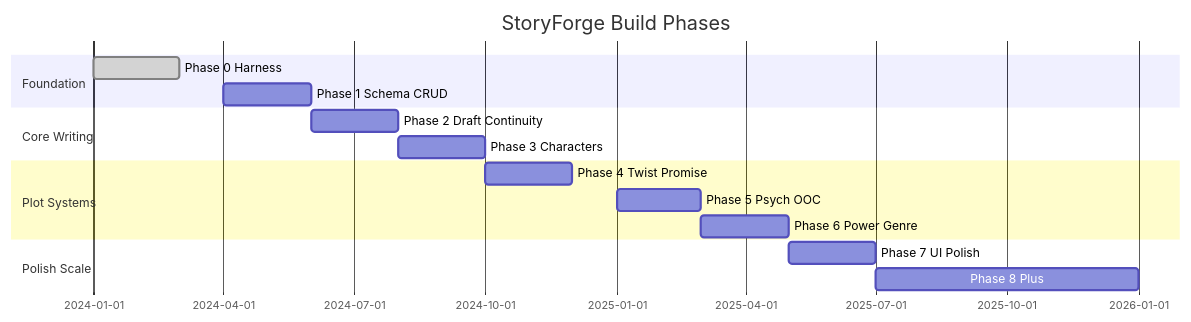
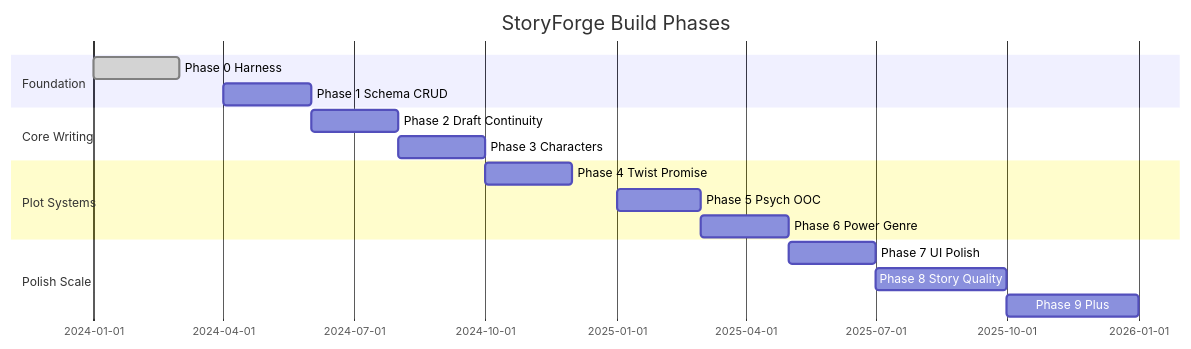
The diagram in docs/product/06-build-plan.md (nkchuong1607/storyforge), drawn with Mermaid before and after one commit. The commit also changed other lines of this file and 14 other files, not shown here.

````diff
--- a/docs/product/06-build-plan.md
+++ b/docs/product/06-build-plan.md
@@ -9,18 +9,19 @@
 ```mermaid
 gantt
     title StoryForge Build Phases
     dateFormat YYYY-MM
     section Foundation
     Phase 0 Harness           :done, p0, 2024-01, 2024-03
     Phase 1 Schema CRUD       :p1, 2024-04, 2024-06
     section Core Writing
     Phase 2 Draft Continuity  :p2, 2024-06, 2024-08
     Phase 3 Characters        :p3, 2024-08, 2024-10
     section Plot Systems
     Phase 4 Twist Promise     :p4, 2024-10, 2024-12
     Phase 5 Psych OOC         :p5, 2025-01, 2025-03
     Phase 6 Power Genre       :p6, 2025-03, 2025-05
     section Polish Scale
     Phase 7 UI Polish         :p7, 2025-05, 2025-07
-    Phase 8 Plus              :p8, 2025-07, 2026-01
+    Phase 8 Story Quality     :p8, 2025-07, 2025-10
+    Phase 9 Plus              :p9, 2025-10, 2026-01
 ```
````
